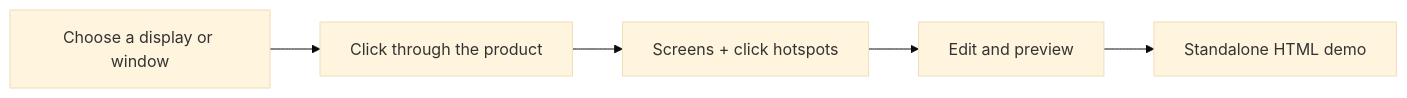
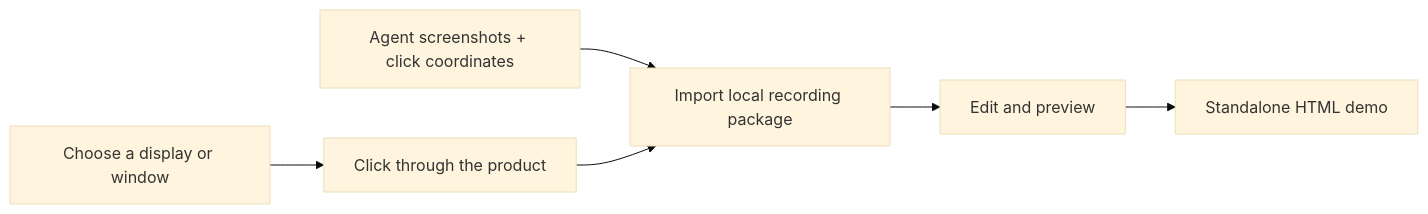
Before and after one commit to haandol/storybird: the diagram in README.md, drawn with Mermaid (base theme). The commit also changed other lines of this file and 31 other files, not shown here.

First line of the commit message:
feat(recording): support agent-authored interactive demos

````diff
--- a/README.md
+++ b/README.md
@@ -21,7 +22,8 @@
 ```mermaid
 flowchart LR
-    Pick["Choose a display or window"] --> Record["Click through the product"]
-    Record --> Build["Screens + click hotspots"]
+    Human["Choose a display or window"] --> Record["Click through the product"]
+    Agent["Agent screenshots + click coordinates"] --> Build["Import local recording package"]
+    Record --> Build
     Build --> Edit["Edit and preview"]
     Edit --> Export["Standalone HTML demo"]
 ```
````
